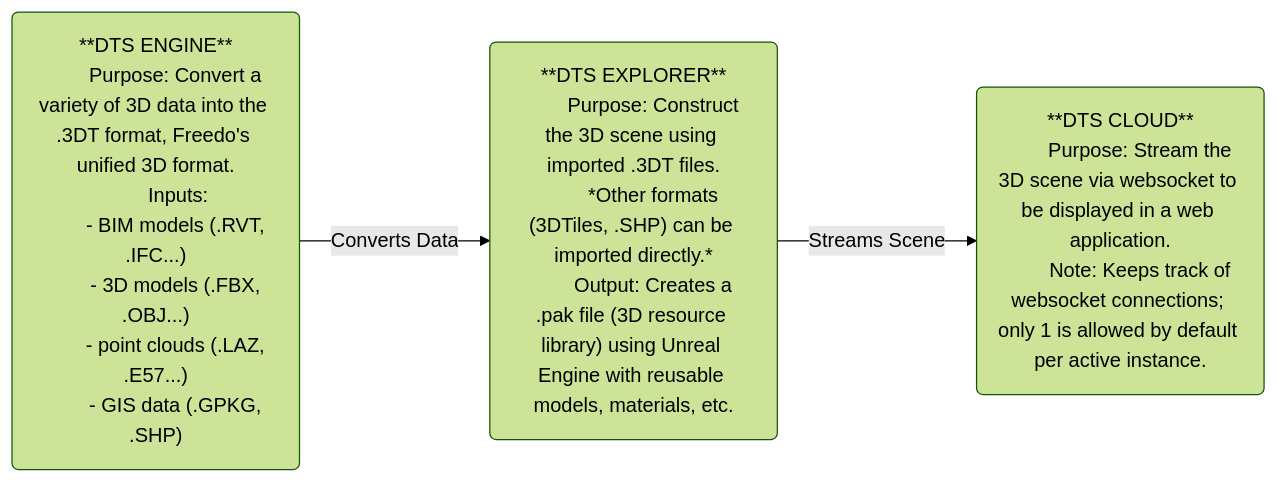
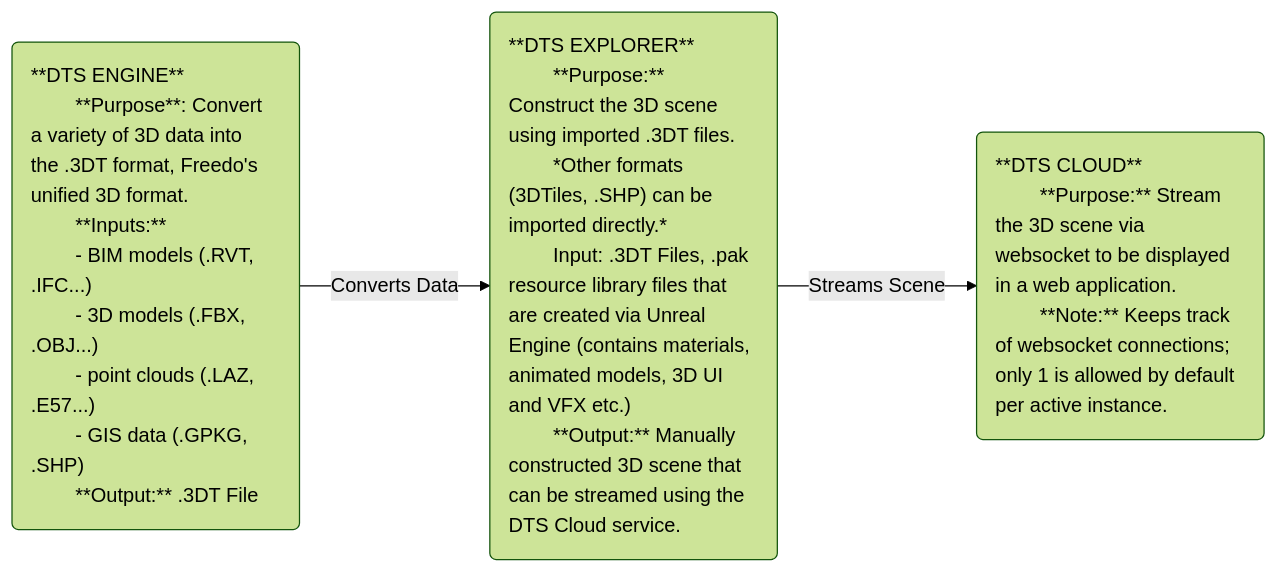
The diagram in README.md (DanielTangCertis/DTS_Template), drawn with Mermaid (forest theme) before and after one commit.

Commit message:
Update README.md
updated mermaid diagram flowchart for more accuracy

````diff
--- a/README.md
+++ b/README.md
@@ -51,32 +51,37 @@
 ```mermaid
 graph LR
     %% 1. Define the first node (DTS ENGINE) with all its detailed content wrapped in quotes
     A("
         **DTS ENGINE**
-        Purpose: Convert a variety of 3D data into the .3DT format, Freedo's unified 3D format.
-        Inputs:
+        **Purpose**: Convert a variety of 3D data into the .3DT format, Freedo's unified 3D format.
+        **Inputs:**
         - BIM models (.RVT, .IFC...)
         - 3D models (.FBX, .OBJ...)
         - point clouds (.LAZ, .E57...)
         - GIS data (.GPKG, .SHP)
+        **Output:** .3DT File
     ")
 
     %% 2. Define the second node (DTS EXPLORER) with all its detailed content
     B("
         **DTS EXPLORER**
-        Purpose: Construct the 3D scene using imported .3DT files.
+        **Purpose:** Construct the 3D scene using imported .3DT files.
         *Other formats (3DTiles, .SHP) can be imported directly.*
-        Output: Creates a .pak file (3D resource library) using Unreal Engine with reusable models, materials, etc.
+        Input: .3DT Files, .pak resource library files that are created via Unreal Engine (contains materials, animated models, 3D UI and VFX etc.)
+        **Output:** Manually constructed 3D scene that can be streamed using the DTS Cloud service.
     ")
 
     %% 3. Define the third node (DTS CLOUD) with all its detailed content
     C("
         **DTS CLOUD**
-        Purpose: Stream the 3D scene via websocket to be displayed in a web application.
-        Note: Keeps track of websocket connections; only 1 is allowed by default per active instance.
+        **Purpose:** Stream the 3D scene via websocket to be displayed in a web application.
+        **Note:** Keeps track of websocket connections; only 1 is allowed by default per active instance.
     ")
 
     %% Define the explicit, left-to-right connections
     A -- Converts Data --> B
     B -- Streams Scene --> C
+    style A text-align:left
+    style B text-align:left
+    style C text-align:left
 ```
````
